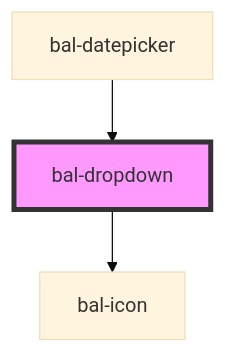
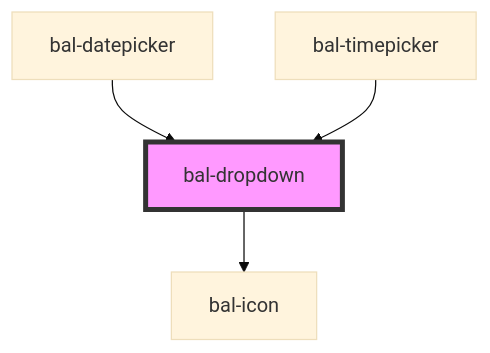
The diagram in src/components/dropdown/readme.md (baloise/design-system), drawn with Mermaid (base theme) before and after one commit. The commit also changed other lines of this file and 9 other files, not shown here.

````diff
--- a/src/components/dropdown/readme.md
+++ b/src/components/dropdown/readme.md
@@ -150,6 +151,7 @@
 ```mermaid
 graph TD;
   bal-dropdown --> bal-icon
   bal-datepicker --> bal-dropdown
+  bal-timepicker --> bal-dropdown
   style bal-dropdown fill:#f9f,stroke:#333,stroke-width:4px
 ```
````
